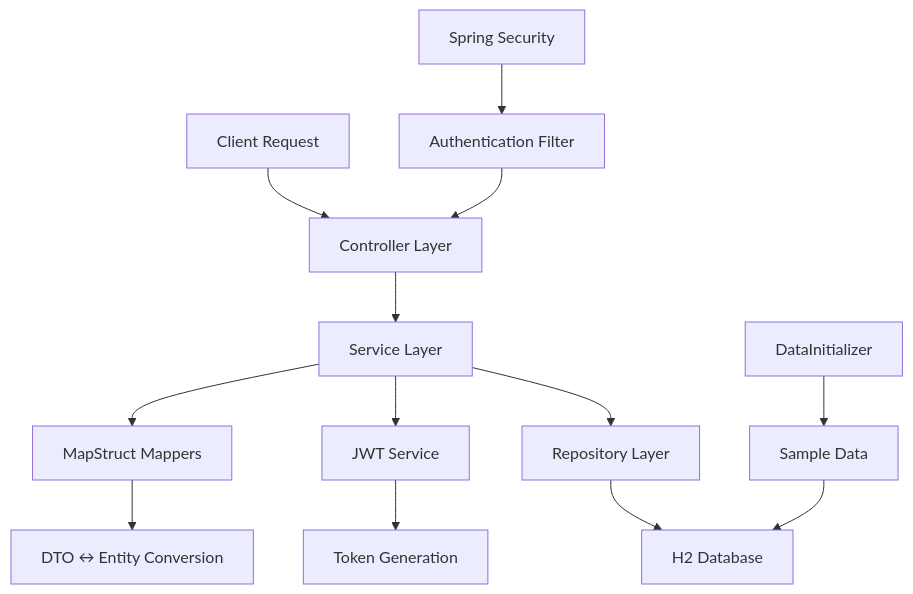
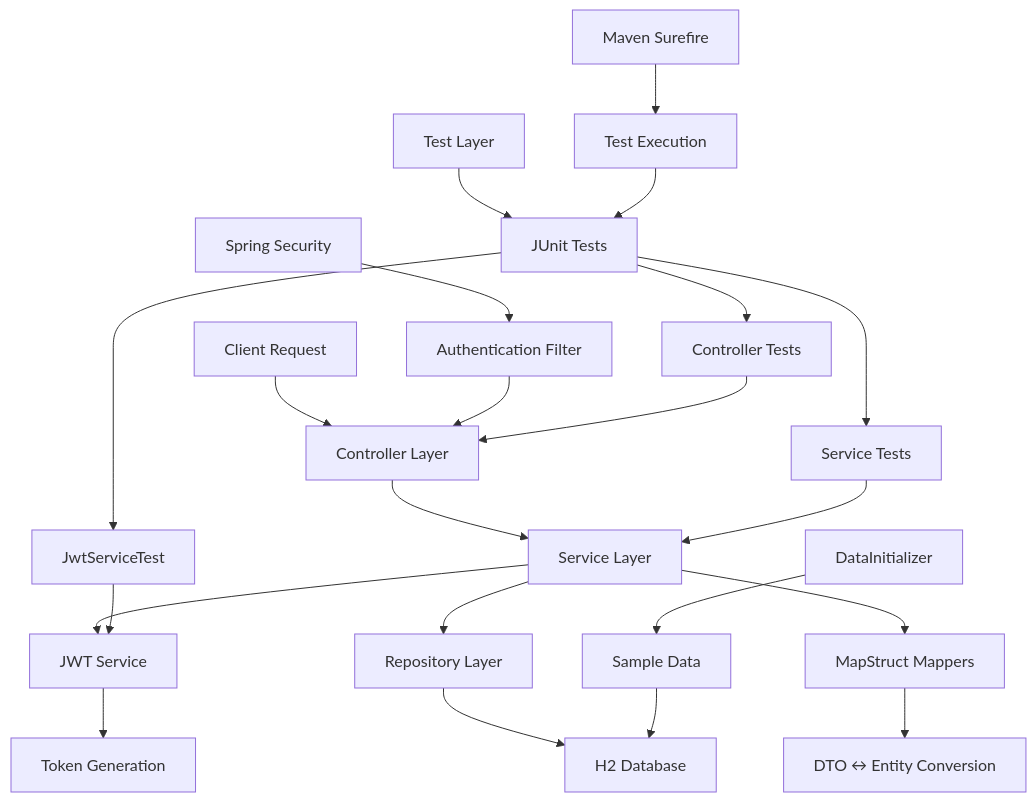
The first of 2 diagrams in README.md (alper-aydogan/e-randevu), drawn with Mermaid before and after one commit.

Commit message:
Add test layer to data flow architecture diagram
- Include Test Layer with JUnit Tests
- Add JwtServiceTest, Service Tests, and Controller Tests
- Show Maven Surefire integration
- Illustrate test connections to service layers

````diff
--- a/README.md
+++ b/README.md
@@ -58,19 +58,31 @@
 ```mermaid
 graph TD
     A[Client Request] --> B[Controller Layer]
     B --> C[Service Layer]
     C --> D[Repository Layer]
     D --> E[H2 Database]
     
     C --> F[JWT Service]
     F --> G[Token Generation]
     
     C --> H[MapStruct Mappers]
     H --> I[DTO ↔ Entity Conversion]
     
     J[Spring Security] --> K[Authentication Filter]
     K --> B
     
     L[DataInitializer] --> M[Sample Data]
     M --> E
+    
+    N[Test Layer] --> O[JUnit Tests]
+    O --> P[JwtServiceTest]
+    O --> Q[Service Tests]
+    O --> R[Controller Tests]
+    
+    P --> F
+    Q --> C
+    R --> B
+    
+    S[Maven Surefire] --> T[Test Execution]
+    T --> O
 ```
````
